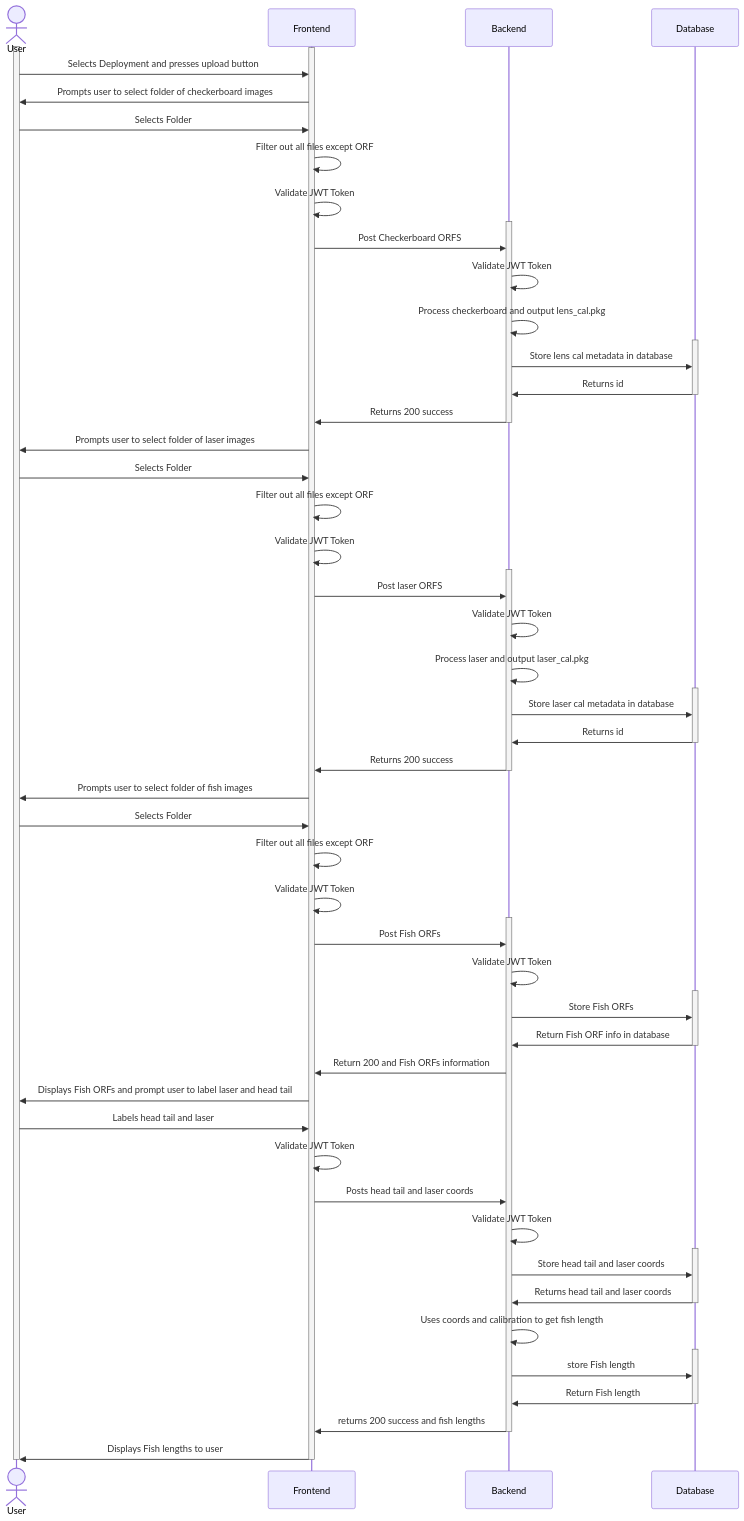
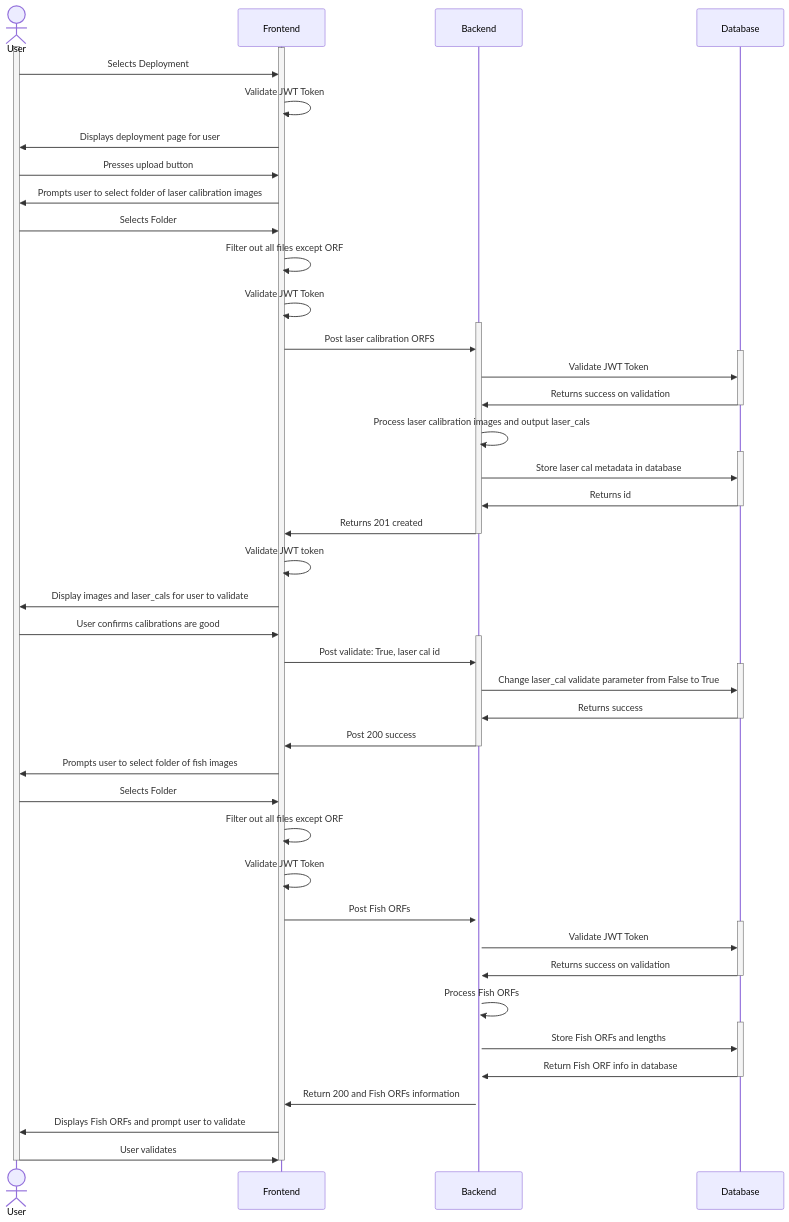
The diagram in processing.md (UCSD-E4E/fishsense-webapp), drawn with Mermaid before and after one commit. The commit also changed other lines of this file, not shown here.

```diff
--- a/processing.md
+++ b/processing.md
@@ -12,8 +34,11 @@
     activate User
     activate Frontend
     
-    User ->> Frontend: Selects Deployment and presses upload button
-    Frontend ->> User: Prompts user to select folder of checkerboard images
+    User ->> Frontend: Selects Deployment
+    Frontend ->> Frontend: Validate JWT Token 
+    Frontend ->> User: Displays deployment page for user
+    User ->> Frontend: Presses upload button
+    Frontend ->> User: Prompts user to select folder of laser calibration images 
 
     User ->> Frontend: Selects Folder
 
@@ -23,39 +48,17 @@
 
     activate Backend
 
-    Frontend ->> Backend: Post Checkerboard ORFS
-
-    Backend ->> Backend: Validate JWT Token
-
-    Backend ->> Backend: Process checkerboard and output lens_cal.pkg
+    Frontend ->> Backend: Post laser calibration ORFS
 
     activate Database
 
-    Backend ->> Database: Store lens cal metadata in database
+    Backend ->> Database: Validate JWT Token
 
-    Database ->> Backend: Returns id
+    Database ->> Backend: Returns success on validation
 
     deactivate Database
 
-    Backend ->> Frontend: Returns 200 success
-
-    deactivate Backend
-
-    Frontend ->> User: Prompts user to select folder of laser images
-
-    User ->> Frontend: Selects Folder
-
-    Frontend ->> Frontend: Filter out all files except ORF    
-
-    Frontend ->> Frontend: Validate JWT Token
-
-    activate Backend
-
-    Frontend ->> Backend: Post laser ORFS
-
-    Backend ->> Backend: Validate JWT Token
-
-    Backend ->> Backend: Process laser and output laser_cal.pkg
+    Backend ->> Backend: Process laser calibration images and output laser_cals 
 
     activate Database
 
@@ -65,7 +68,29 @@
 
     deactivate Database
 
-    Backend ->> Frontend: Returns 200 success
+    Backend ->> Frontend: Returns 201 created
+
+    deactivate Backend
+
+    Frontend ->> Frontend: Validate JWT token
+
+    Frontend ->> User: Display images and laser_cals for user to validate
+
+    User ->> Frontend: User confirms calibrations are good
+
+    activate Backend
+
+    Frontend ->> Backend: Post validate: True, laser cal id
+
+    activate Database
+
+    Backend ->> Database: Change laser_cal validate parameter from False to True
+
+    Database ->> Backend: Returns success
+
+    deactivate Database
+
+    Backend ->> Frontend: Post 200 success
 
     deactivate Backend
 
@@ -81,11 +106,19 @@
 
     Frontend ->> Backend: Post Fish ORFs
 
-    Backend ->> Backend: Validate JWT Token
+    activate Database
+
+    Backend ->> Database: Validate JWT Token
+
+    Database ->> Backend: Returns success on validation
+
+    deactivate Database
+
+    Backend ->> Backend: Process Fish ORFs
 
     activate Database
 
-    Backend ->> Database: Store Fish ORFs
+    Backend ->> Database: Store Fish ORFs and lengths
 
     Database ->> Backend: Return Fish ORF info in database
 
@@ -93,47 +126,13 @@
 
     Backend ->> Frontend: Return 200 and Fish ORFs information
 
-    Frontend ->> User: Displays Fish ORFs and prompt user to label laser and head tail
+    Frontend ->> User: Displays Fish ORFs and prompt user to validate
 
-    User ->> Frontend: Labels head tail and laser
+    User ->> Frontend: User validates
 
-    Frontend ->> Frontend: Validate JWT Token
+    
 
-    Frontend ->> Backend: Posts head tail and laser coords
-
-    Backend ->> Backend: Validate JWT Token
-
-    activate Database
-
-    Backend ->> Database: Store head tail and laser coords
-
-    Database ->> Backend: Returns head tail and laser coords
-
-    deactivate Database
-
-    Backend ->> Backend: Uses coords and calibration to get fish length
-
-    activate Database
-
-    Backend ->> Database: store Fish length
-    Database ->> Backend: Return Fish length
-
-    deactivate Database
-
-    Backend ->> Frontend: returns 200 success and fish lengths
-
-
-
-
-
-
-
-
-    deactivate Backend
-
-    Frontend ->> User: Displays Fish lengths to user
-
-
+    
  
 
     deactivate Frontend
```
